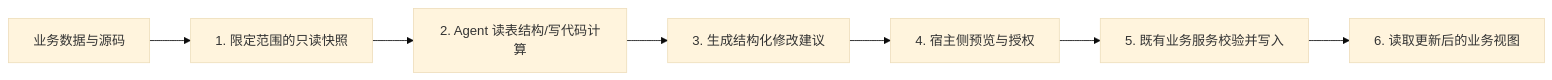
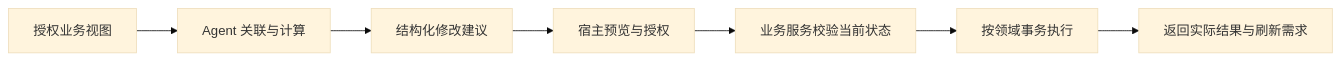
One commit to foundax/agent-business-workspace changed the diagram in README.zh-CN.md. Above: the diagram before and after it, drawn with Mermaid (base theme). The commit also changed other lines of this file and 5 other files, not shown here.

````diff
--- a/README.zh-CN.md
+++ b/README.zh-CN.md
@@ -71,9 +154,9 @@
 ```mermaid
 flowchart LR
-    Backend[业务数据与源码] --> Snapshot[1. 限定范围的只读快照]
-    Snapshot --> Agent[2. Agent 读表结构/写代码计算]
-    Agent --> Proposal[3. 生成结构化修改建议]
-    Proposal --> Review[4. 宿主侧预览与授权]
-    Review --> Service[5. 既有业务服务校验并写入]
-    Service --> Readback[6. 读取更新后的业务视图]
+    Read[授权业务视图] --> Code[Agent 关联与计算]
+    Code --> Proposal[结构化修改建议]
+    Proposal --> Review[宿主预览与授权]
+    Review --> Validate[业务服务校验当前状态]
+    Validate --> Write[按领域事务执行]
+    Write --> Result[返回实际结果与刷新需求]
 ```
````
